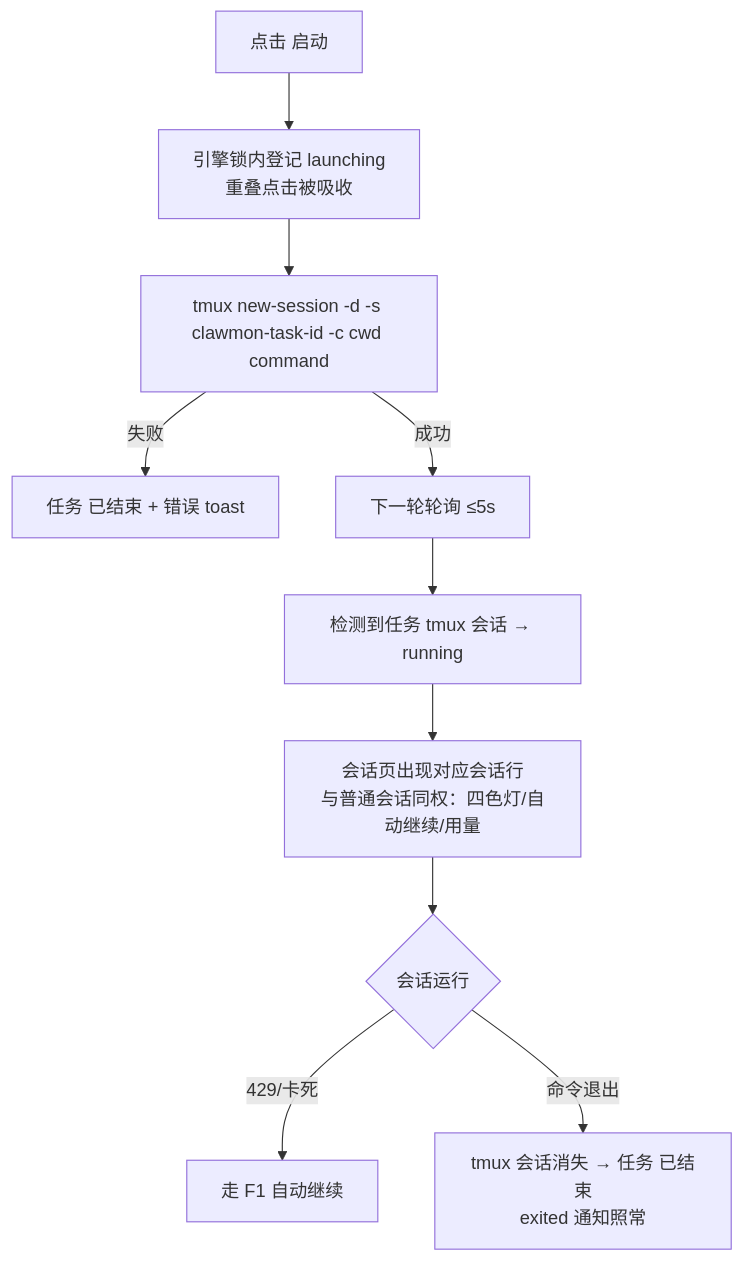
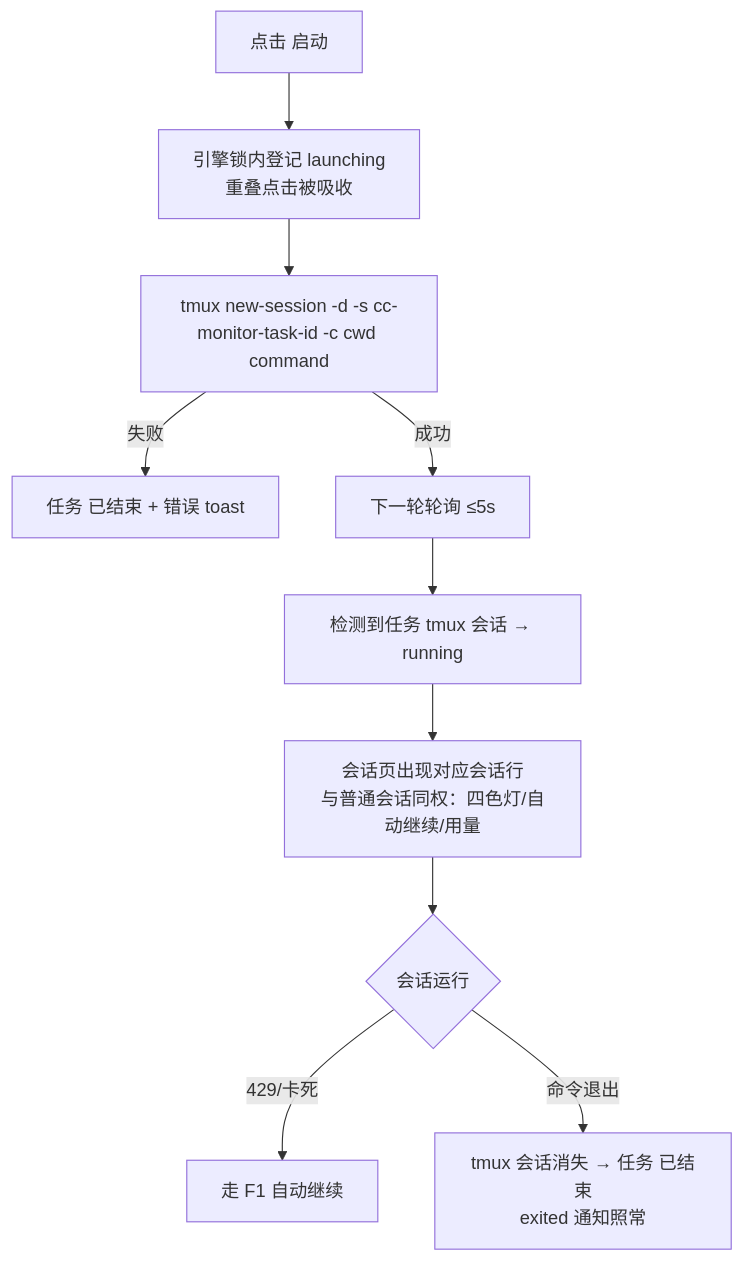
Before and after one commit to johnfu-ai/clawmon: the fourth of 7 diagrams in docs/design/user-flows.md, drawn with Mermaid. The commit also changed other lines of this file and 47 other files, not shown here.

````diff
--- a/docs/design/user-flows.md
+++ b/docs/design/user-flows.md
@@ -76,12 +76,12 @@
 ```mermaid
 flowchart TD
     L[点击 启动] --> LOCK[引擎锁内登记 launching<br/>重叠点击被吸收]
-    LOCK --> TMUX[tmux new-session -d -s clawmon-task-id -c cwd command]
+    LOCK --> TMUX[tmux new-session -d -s cc-monitor-task-id -c cwd command]
     TMUX -->|失败| ERR[任务 已结束 + 错误 toast]
     TMUX -->|成功| NEXT[下一轮轮询 ≤5s]
     NEXT --> CONFIRM[检测到任务 tmux 会话 → running]
     CONFIRM --> SESS[会话页出现对应会话行<br/>与普通会话同权：四色灯/自动继续/用量]
     SESS --> RUN{会话运行}
     RUN -->|429/卡死| AUTO[走 F1 自动继续]
     RUN -->|命令退出| FIN[tmux 会话消失 → 任务 已结束<br/>exited 通知照常]
 ```
````
